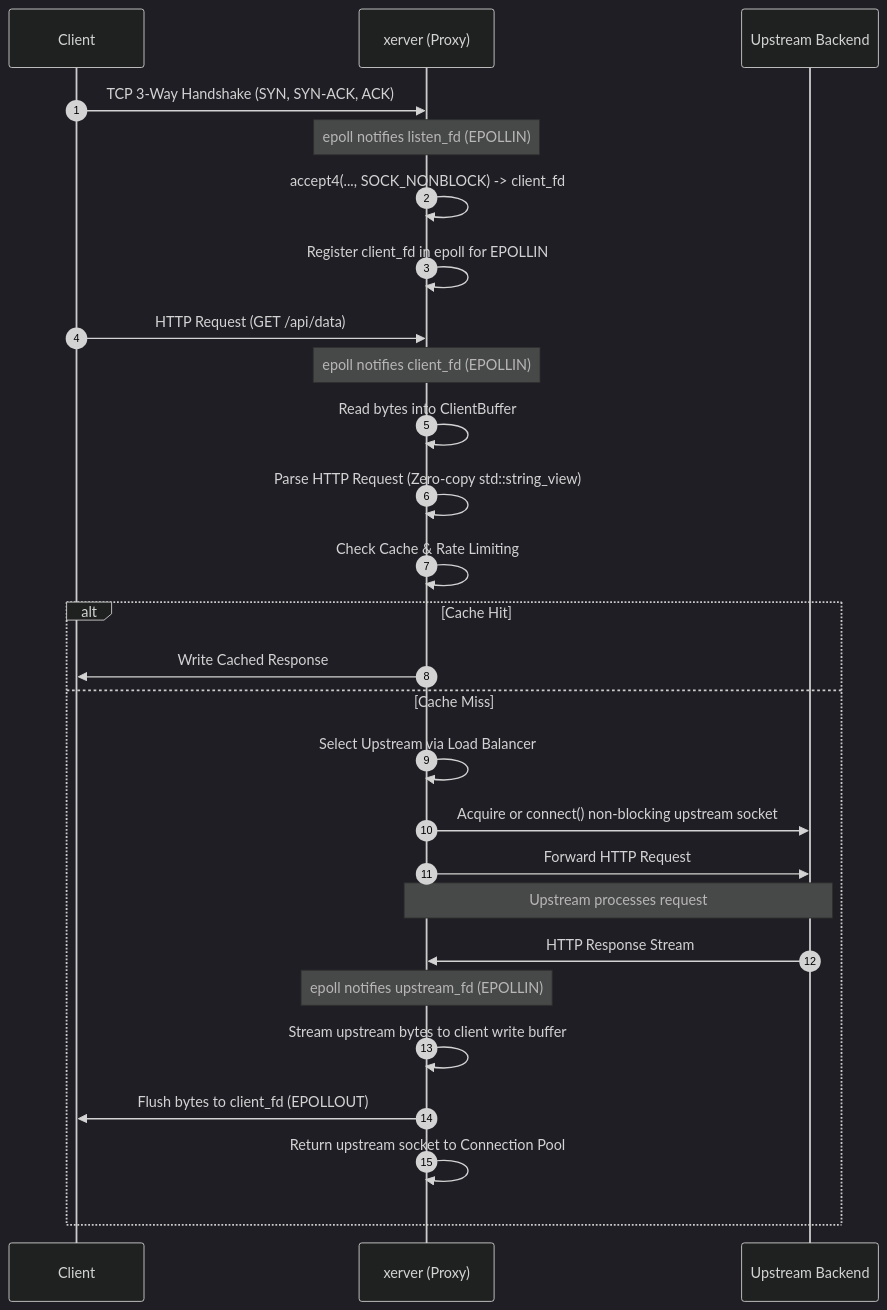
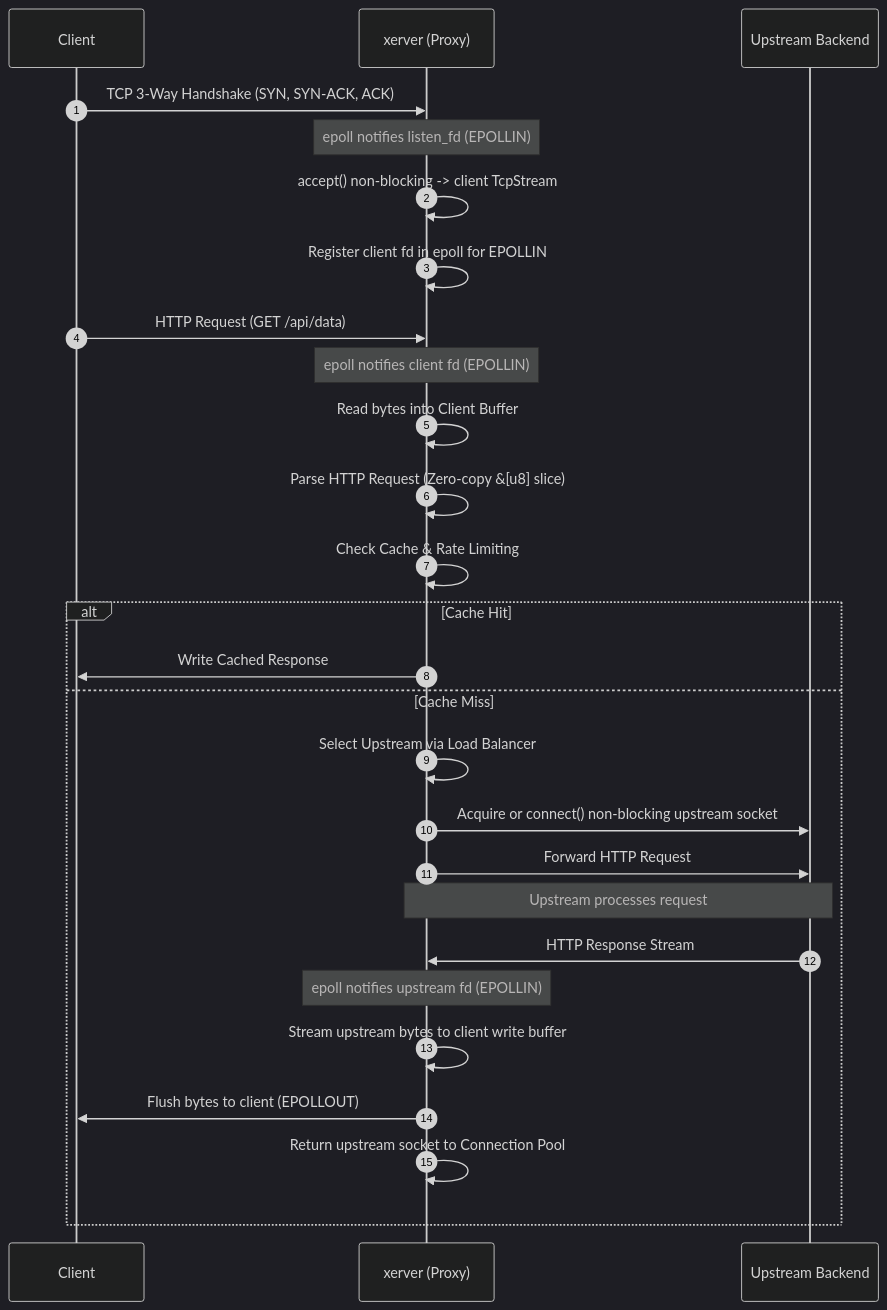
The second of 3 diagrams in docs/architecture.md (drumilbhati/xerver), drawn with Mermaid (dark theme) before and after one commit. The commit also changed other lines of this file and 12 other files, not shown here.

````diff
--- a/docs/architecture.md
+++ b/docs/architecture.md
@@ -75,32 +75,32 @@
 ```mermaid
 sequenceDiagram
     autonumber
     participant C as Client
     participant P as xerver (Proxy)
     participant U as Upstream Backend
 
     C->>P: TCP 3-Way Handshake (SYN, SYN-ACK, ACK)
     Note over P: epoll notifies listen_fd (EPOLLIN)
-    P->>P: accept4(..., SOCK_NONBLOCK) -> client_fd
-    P->>P: Register client_fd in epoll for EPOLLIN
+    P->>P: accept() non-blocking -> client TcpStream
+    P->>P: Register client fd in epoll for EPOLLIN
 
     C->>P: HTTP Request (GET /api/data)
-    Note over P: epoll notifies client_fd (EPOLLIN)
-    P->>P: Read bytes into ClientBuffer
-    P->>P: Parse HTTP Request (Zero-copy std::string_view)
+    Note over P: epoll notifies client fd (EPOLLIN)
+    P->>P: Read bytes into Client Buffer
+    P->>P: Parse HTTP Request (Zero-copy &[u8] slice)
     P->>P: Check Cache & Rate Limiting
 
     alt Cache Hit
         P->>C: Write Cached Response
     else Cache Miss
         P->>P: Select Upstream via Load Balancer
         P->>U: Acquire or connect() non-blocking upstream socket
         P->>U: Forward HTTP Request
         Note over P,U: Upstream processes request
         U->>P: HTTP Response Stream
-        Note over P: epoll notifies upstream_fd (EPOLLIN)
+        Note over P: epoll notifies upstream fd (EPOLLIN)
         P->>P: Stream upstream bytes to client write buffer
-        P->>C: Flush bytes to client_fd (EPOLLOUT)
+        P->>C: Flush bytes to client (EPOLLOUT)
         P->>P: Return upstream socket to Connection Pool
     end
 ```
````
